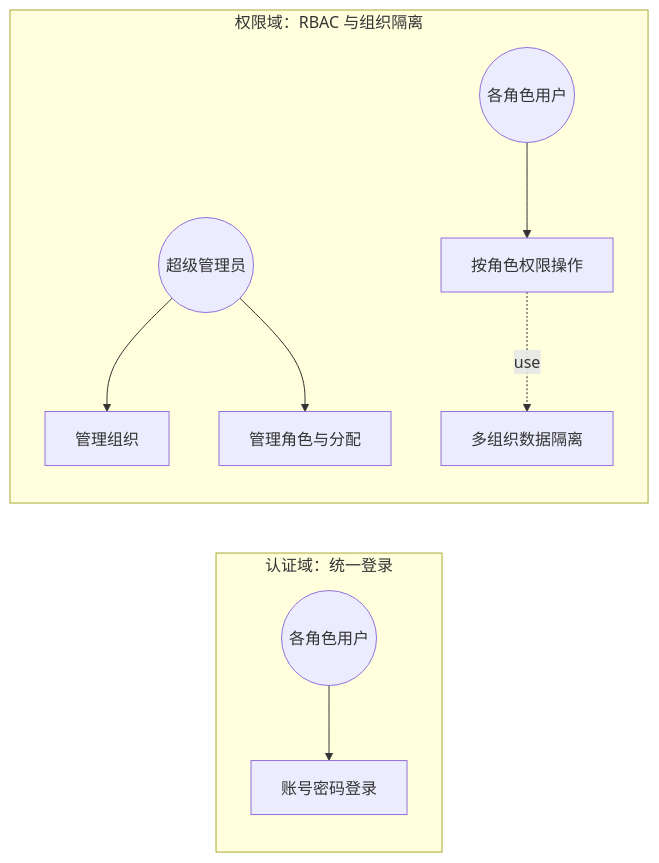
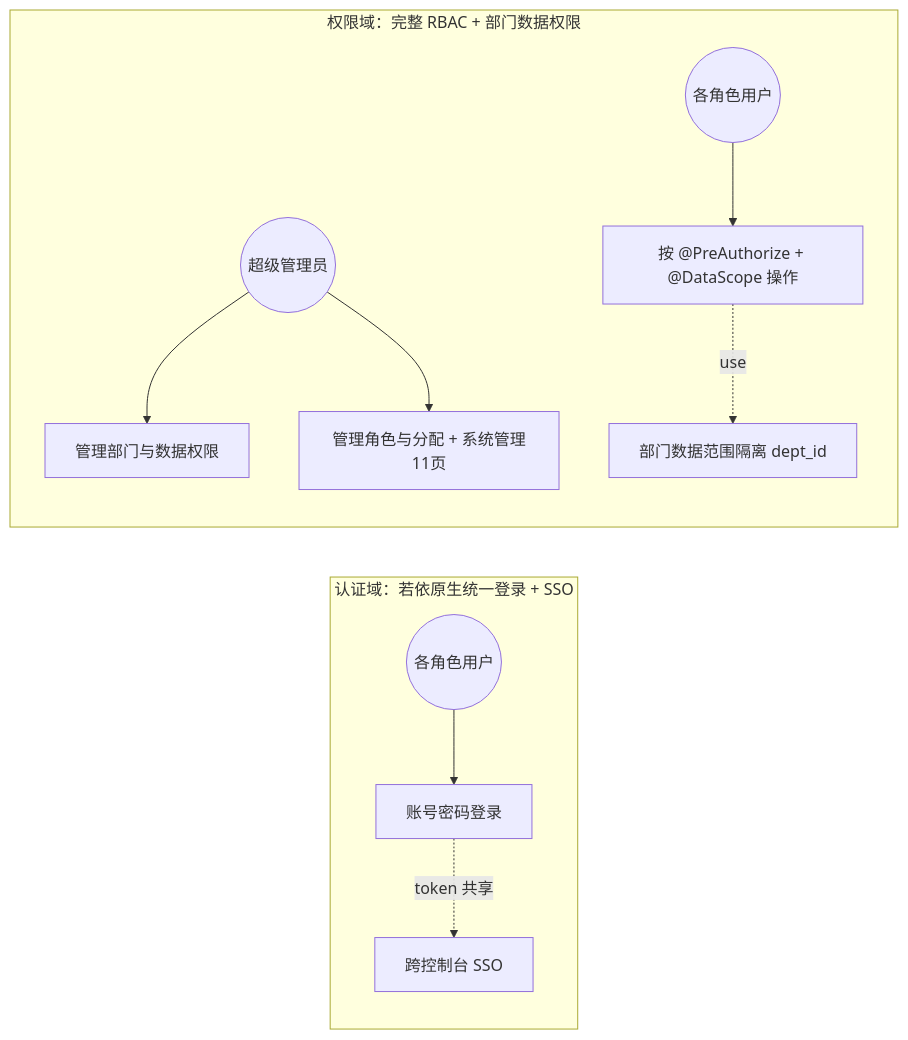
The first of 2 diagrams in 公司项目/认知作战/文档/SRS/软件需求规格说明-COM子系统.md (Sj-g/obsidian), drawn with Mermaid before and after one commit. The commit also changed other lines of this file and 8 other files, not shown here.

````diff
--- a/公司项目/认知作战/文档/SRS/软件需求规格说明-COM子系统.md
+++ b/公司项目/认知作战/文档/SRS/软件需求规格说明-COM子系统.md
@@ -61,19 +61,21 @@
 ```mermaid
 flowchart LR
-  subgraph 认证域["认证域：统一登录"]
+  subgraph 认证域["认证域：若依原生统一登录 + SSO"]
     A1((各角色用户))
     UC1[账号密码登录]
+    UC1b[跨控制台 SSO]
     A1 --> UC1
+    UC1 -. token 共享 .-> UC1b
   end
-  subgraph 权限域["权限域：RBAC 与组织隔离"]
+  subgraph 权限域["权限域：完整 RBAC + 部门数据权限"]
     A2((超级管理员))
     A1b((各角色用户))
-    UC3[管理组织]
-    UC4[管理角色与分配]
-    UC5[按角色权限操作]
-    UC6[多组织数据隔离]
+    UC3[管理部门与数据权限]
+    UC4[管理角色与分配 + 系统管理11页]
+    UC5[按 @PreAuthorize + @DataScope 操作]
+    UC6[部门数据范围隔离 dept_id]
     A2 --> UC3 & UC4
     A1b --> UC5
     UC5 -. use .-> UC6
   end
 ```
````
